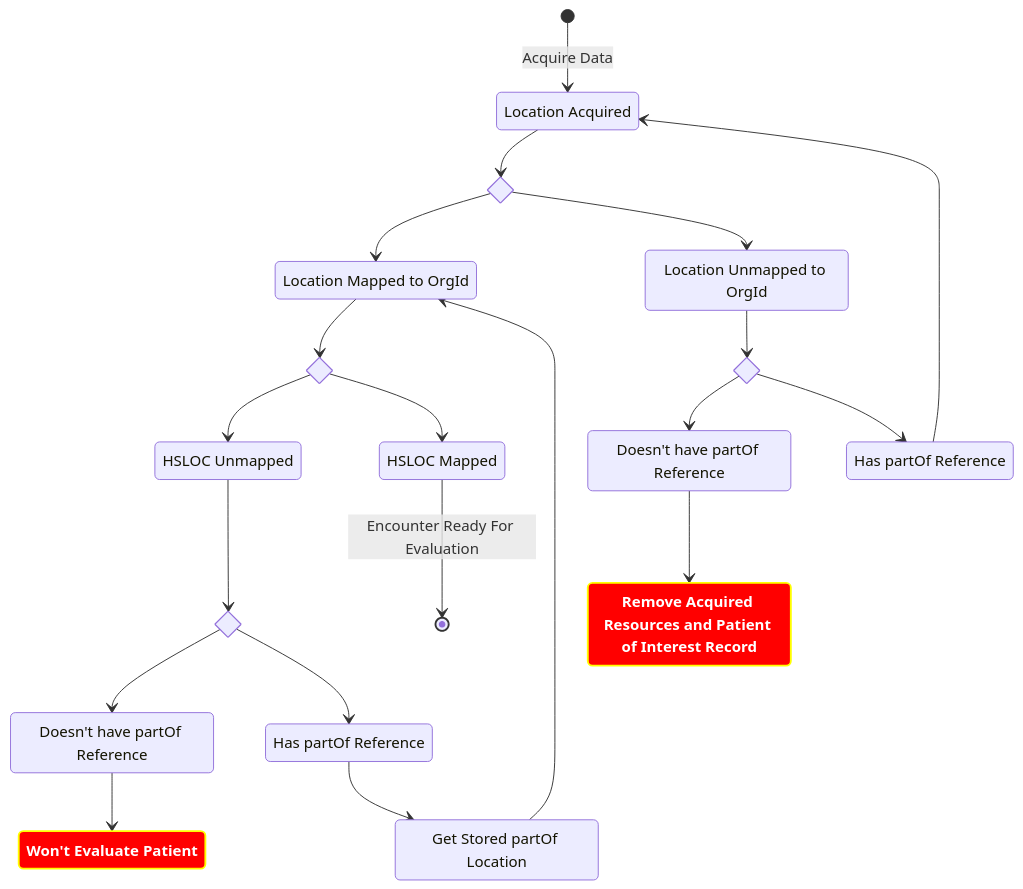
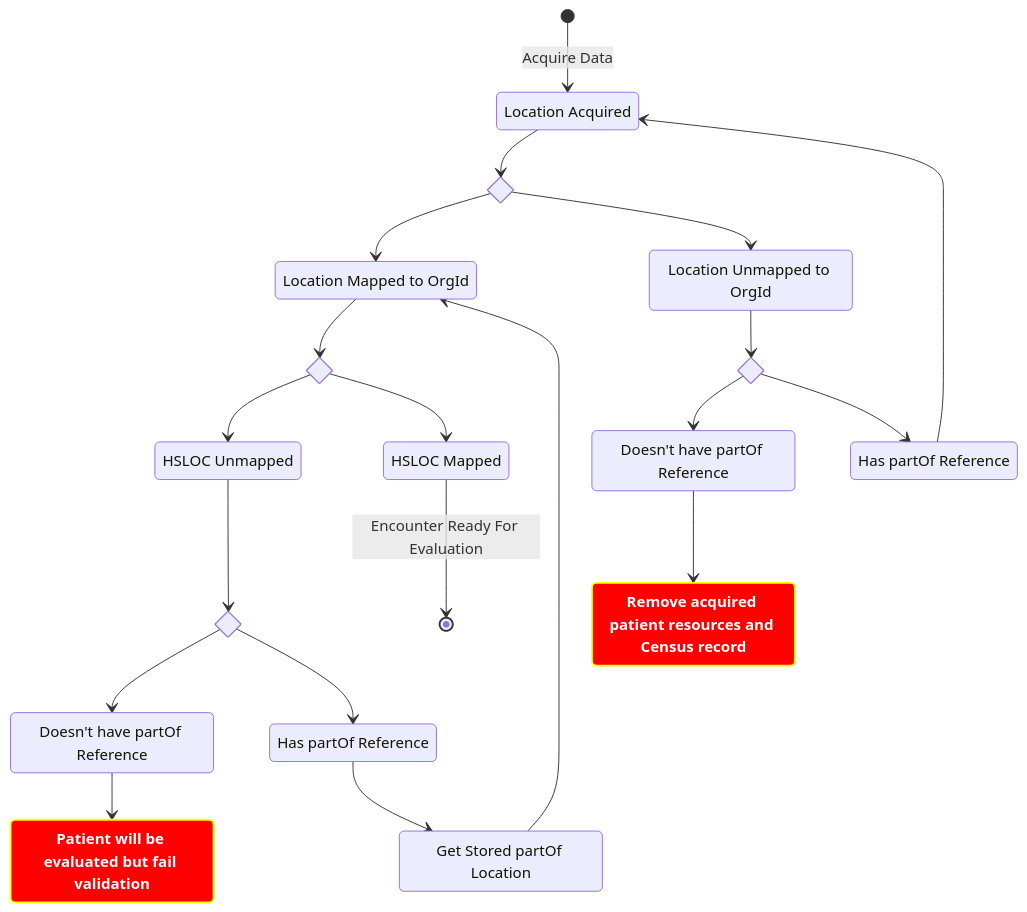
The diagram in docs/docs/proposals/location-proposal.mdx (lantanagroup/link-cloud), drawn with Mermaid before and after one commit. The commit also changed other lines of this file and 1 other file, not shown here.

Commit message:
Added strategies on how we can target reporting org Locations per vendor

````diff
--- a/docs/docs/proposals/location-proposal.mdx
+++ b/docs/docs/proposals/location-proposal.mdx
@@ -77,43 +138,43 @@
 ```mermaid
 stateDiagram-v2
     location_acquired: Location Acquired
     org_id_mapped: Location Mapped to OrgId
     org_id_unmapped: Location Unmapped to OrgId
-    exception_org_id: Remove Acquired Resources and Patient of Interest Record
-    exception_hsloc: Won't Evaluate Patient
+    exception_org_id: Remove acquired patient resources and Census record
+    exception_hsloc: Patient will be evaluated but fail validation
     hsloc_unmapped: HSLOC Unmapped
     hsloc_mapped: HSLOC Mapped
     has_part_of: Has partOf Reference
     no_part_of: Doesn't have partOf Reference
     has_part_of_2: Has partOf Reference
     no_part_of_2: Doesn't have partOf Reference
     get_stored_location: Get Stored partOf Location
 
     classDef error fill:#f00,color:white,font-weight:bold,stroke-width:2px,stroke:yellow
 
     state if_org_id_mapped <<choice>>
     state if_has_partof <<choice>>
     state if_has_partof_2 <<choice>>
 
     [*] --> location_acquired: Acquire Data
     location_acquired --> if_org_id_mapped
     if_org_id_mapped --> org_id_mapped
     if_org_id_mapped --> org_id_unmapped
     org_id_unmapped --> if_has_partof
     if_has_partof --> no_part_of
     if_has_partof --> has_part_of
     has_part_of --> location_acquired
     no_part_of --> exception_org_id:::error
     state if_has_hsloc <<choice>>
     org_id_mapped --> if_has_hsloc
     if_has_hsloc --> hsloc_unmapped
     if_has_hsloc --> hsloc_mapped
     hsloc_mapped --> [*]: Encounter Ready For Evaluation
     hsloc_unmapped --> if_has_partof_2
     if_has_partof_2 --> no_part_of_2
     if_has_partof_2 --> has_part_of_2
     has_part_of_2 --> get_stored_location
     get_stored_location --> org_id_mapped
     no_part_of_2 --> exception_hsloc:::error
     
 ```
````
